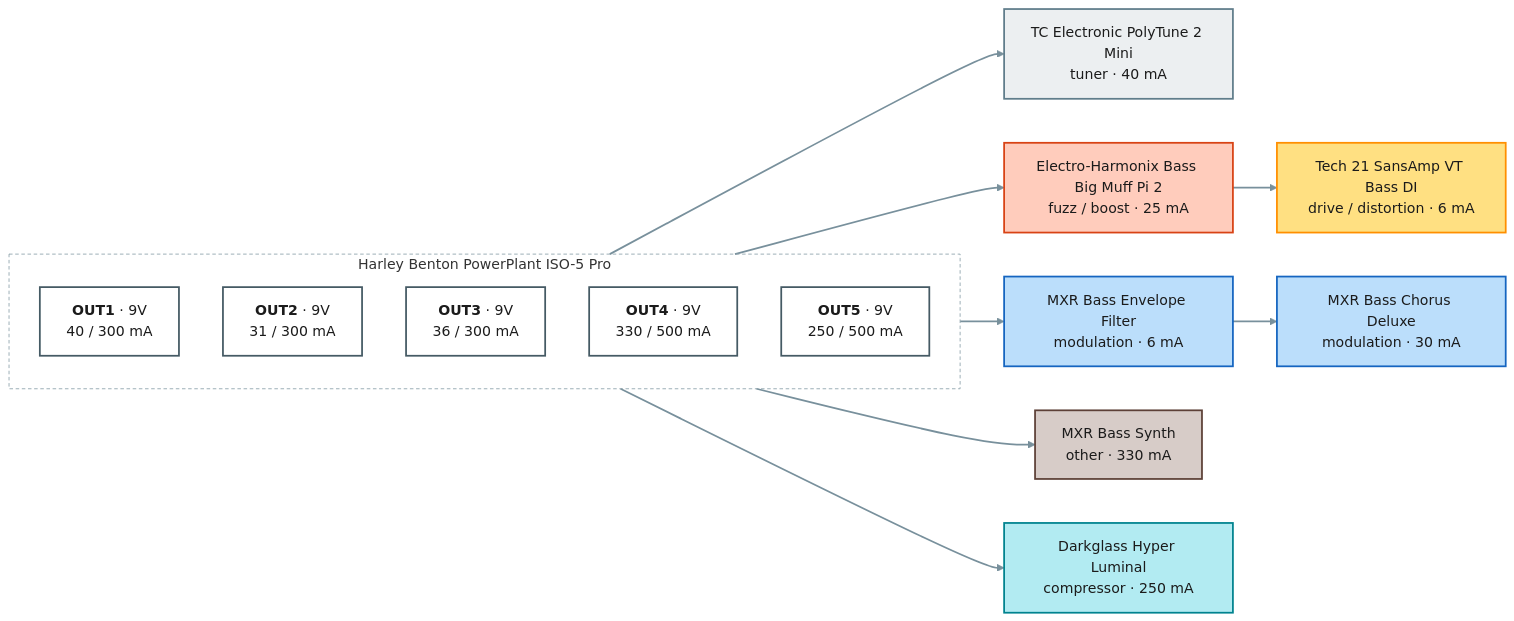
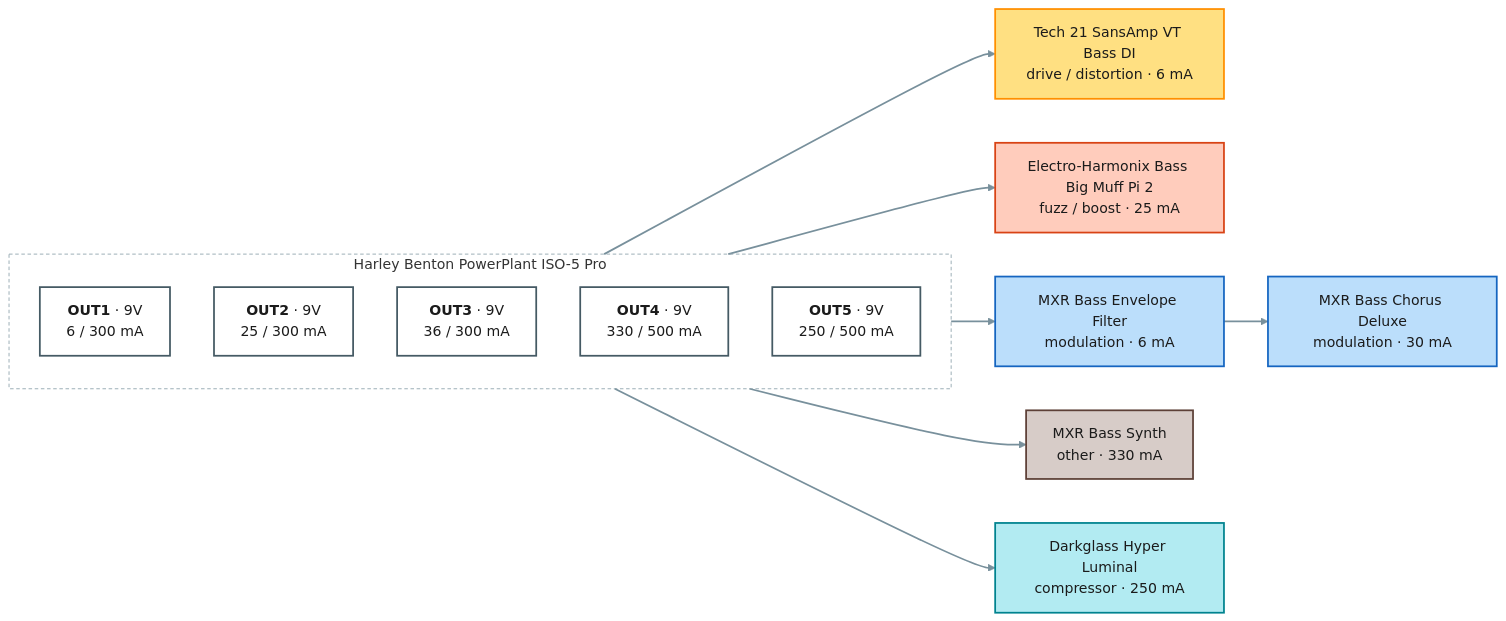
One commit to pedroacvieira/pedalboard changed the second of 2 diagrams in projects/bass/README.md. Above: the diagram before and after it, drawn with Mermaid. The commit also changed other lines of this file and 9 other files, not shown here.

Commit message:
bass: no tuner (owner), VT Bass DI and Big Muff alone on OUT1 / OUT2; Envelope Filter footswitch; CLAUDE.md: composed-board details, bass board

````diff
--- a/projects/bass/README.md
+++ b/projects/bass/README.md
@@ -82,36 +71,33 @@
 ```mermaid
 flowchart LR
     subgraph psu1["Harley Benton PowerPlant ISO-5 Pro"]
         direction TB
-        psu1_OUT1["<b>OUT1</b> · 9V<br/>40 / 300 mA"]:::out9
-        psu1_OUT2["<b>OUT2</b> · 9V<br/>31 / 300 mA"]:::out9
+        psu1_OUT1["<b>OUT1</b> · 9V<br/>6 / 300 mA"]:::out9
+        psu1_OUT2["<b>OUT2</b> · 9V<br/>25 / 300 mA"]:::out9
         psu1_OUT3["<b>OUT3</b> · 9V<br/>36 / 300 mA"]:::out9
         psu1_OUT4["<b>OUT4</b> · 9V<br/>330 / 500 mA"]:::out9
         psu1_OUT5["<b>OUT5</b> · 9V<br/>250 / 500 mA"]:::out9
     end
-    polytune_2_mini["TC Electronic PolyTune 2 Mini<br/>tuner · 40 mA"]:::c_tuner
+    tech21_vt_bass_di["Tech 21 SansAmp VT Bass DI<br/>drive / distortion · 6 mA"]:::c_drive___distortion
     ehx_bass_big_muff_2["Electro-Harmonix Bass Big Muff Pi 2<br/>fuzz / boost · 25 mA"]:::c_fuzz___boost
-    tech21_vt_bass_di["Tech 21 SansAmp VT Bass DI<br/>drive / distortion · 6 mA"]:::c_drive___distortion
     mxr_bass_envelope_filter["MXR Bass Envelope Filter<br/>modulation · 6 mA"]:::c_modulation
     mxr_bass_chorus_deluxe["MXR Bass Chorus Deluxe<br/>modulation · 30 mA"]:::c_modulation
     mxr_bass_synth["MXR Bass Synth<br/>other · 330 mA"]:::c_other
     darkglass_hyper_luminal["Darkglass Hyper Luminal<br/>compressor · 250 mA"]:::c_compressor
-    psu1_OUT1 --> polytune_2_mini
+    psu1_OUT1 --> tech21_vt_bass_di
     psu1_OUT2 --> ehx_bass_big_muff_2
-    ehx_bass_big_muff_2 --> tech21_vt_bass_di
     psu1_OUT3 --> mxr_bass_envelope_filter
     mxr_bass_envelope_filter --> mxr_bass_chorus_deluxe
     psu1_OUT4 --> mxr_bass_synth
     psu1_OUT5 --> darkglass_hyper_luminal
     classDef out9 fill:#ffffff,stroke:#455a64,stroke-width:2px,color:#1b1b1b
     classDef out18 fill:#ffffff,stroke:#d84315,stroke-width:3px,color:#1b1b1b
     classDef spare fill:#fafafa,stroke:#9e9e9e,stroke-dasharray:4 3,color:#757575
-    classDef c_tuner fill:#eceff1,stroke:#607d8b,stroke-width:2px,color:#1b1b1b
     classDef c_compressor fill:#b2ebf2,stroke:#00838f,stroke-width:2px,color:#1b1b1b
     classDef c_fuzz___boost fill:#ffccbc,stroke:#d84315,stroke-width:2px,color:#1b1b1b
     classDef c_drive___distortion fill:#ffe082,stroke:#ff8f00,stroke-width:2px,color:#1b1b1b
     classDef c_modulation fill:#bbdefb,stroke:#1565c0,stroke-width:2px,color:#1b1b1b
     classDef c_other fill:#d7ccc8,stroke:#5d4037,stroke-width:2px,color:#1b1b1b
     style psu1 fill:none,stroke:#90a4ae,stroke-dasharray:4 3
     linkStyle default stroke:#78909c,stroke-width:2px
 ```
````
